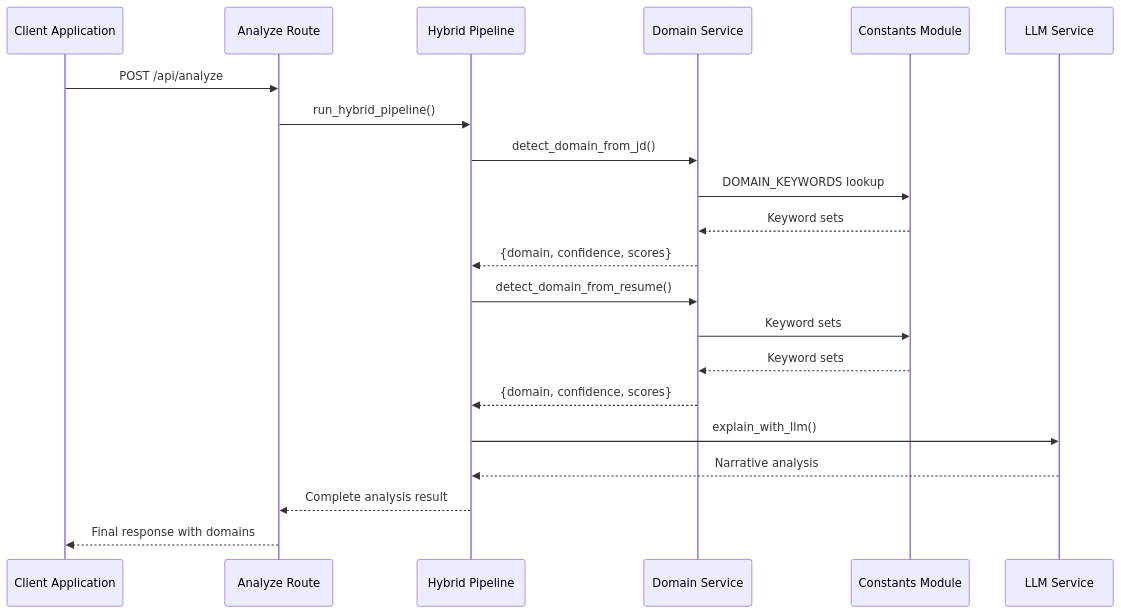
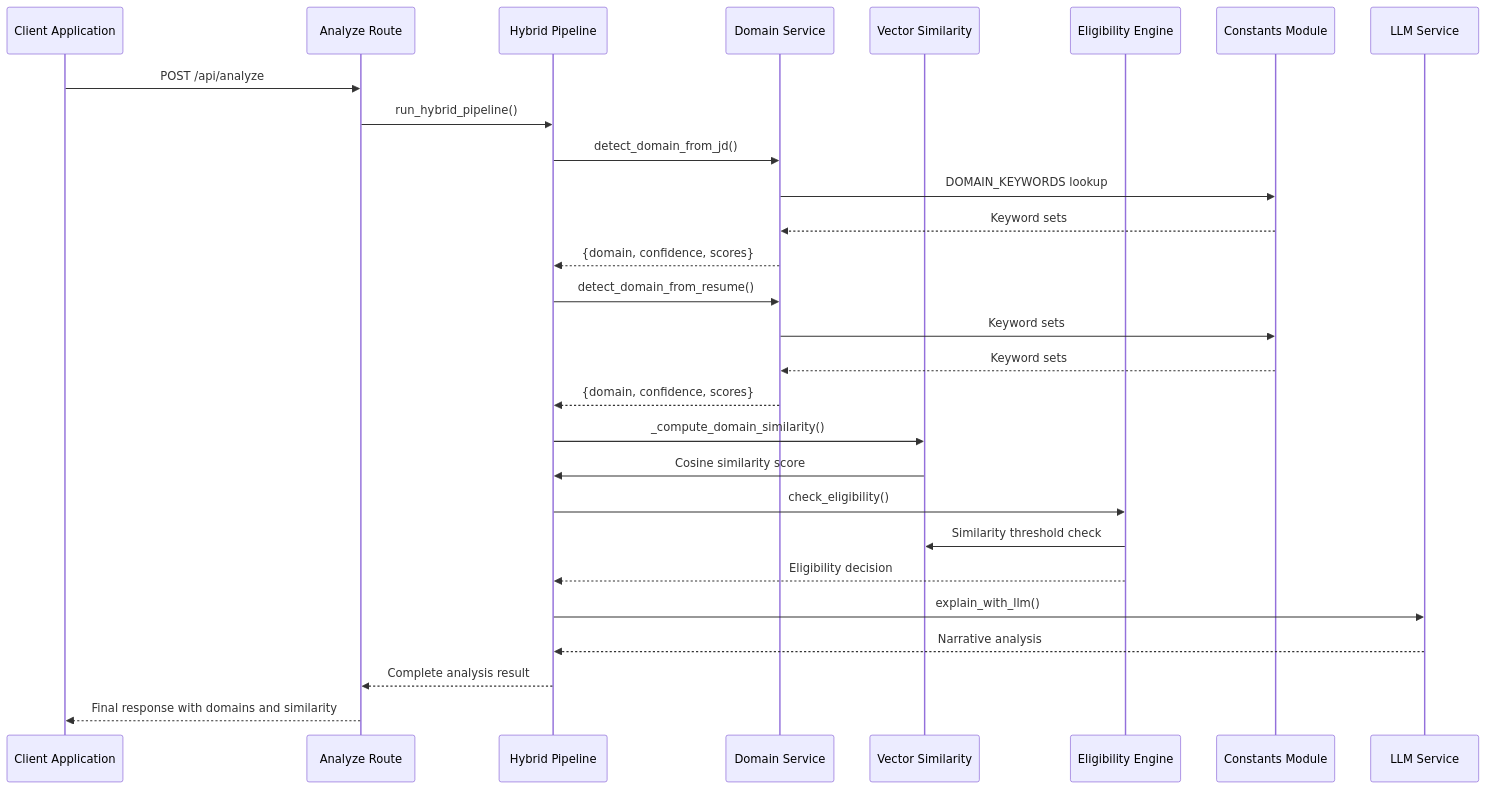
Before and after one commit to Revanththetalogics/aireume: the third of 6 diagrams in .qoder/repowiki/en/content/Analysis Engine/Domain Detection Service.md, drawn with Mermaid. The commit also changed other lines of this file and 41 other files, not shown here.

````diff
--- a/.qoder/repowiki/en/content/Analysis Engine/Domain Detection Service.md
+++ b/.qoder/repowiki/en/content/Analysis Engine/Domain Detection Service.md
@@ -122,23 +146,30 @@
 ```mermaid
 sequenceDiagram
 participant Client as Client Application
 participant Route as Analyze Route
 participant Pipeline as Hybrid Pipeline
 participant Domain as Domain Service
+participant Similarity as Vector Similarity
+participant Eligibility as Eligibility Engine
 participant Constants as Constants Module
 participant LLM as LLM Service
 Client->>Route : POST /api/analyze
 Route->>Pipeline : run_hybrid_pipeline()
 Pipeline->>Domain : detect_domain_from_jd()
 Domain->>Constants : DOMAIN_KEYWORDS lookup
 Constants-->>Domain : Keyword sets
 Domain-->>Pipeline : {domain, confidence, scores}
 Pipeline->>Domain : detect_domain_from_resume()
 Domain->>Constants : Keyword sets
 Constants-->>Domain : Keyword sets
 Domain-->>Pipeline : {domain, confidence, scores}
+Pipeline->>Similarity : _compute_domain_similarity()
+Similarity->>Pipeline : Cosine similarity score
+Pipeline->>Eligibility : check_eligibility()
+Eligibility->>Similarity : Similarity threshold check
+Eligibility-->>Pipeline : Eligibility decision
 Pipeline->>LLM : explain_with_llm()
 LLM-->>Pipeline : Narrative analysis
 Pipeline-->>Route : Complete analysis result
-Route-->>Client : Final response with domains
+Route-->>Client : Final response with domains and similarity
 ```
````
